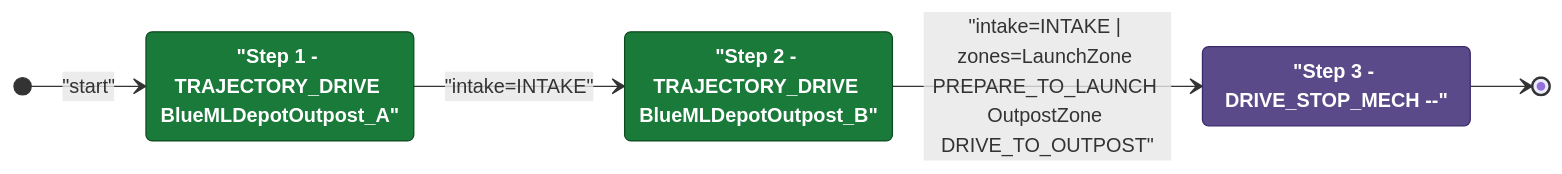
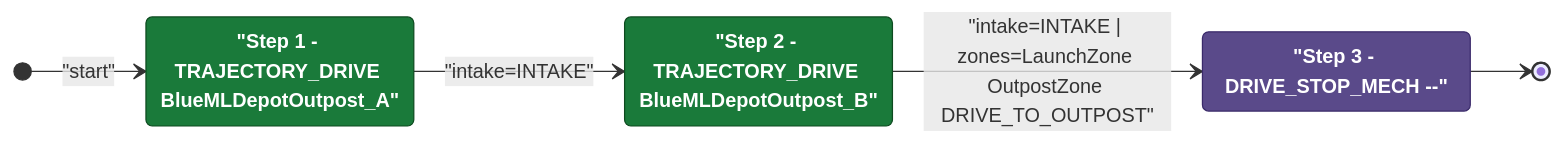
One commit to Team302/2026Rebuilt changed the diagram in documents/auton/BlueBDepLaunch0DepOutScoreNCli.md. Above: the diagram before and after it, drawn with Mermaid. The commit also changed other lines of this file and 131 other files, not shown here.

First line of the commit message:
docs(auton): regenerate Mermaid diagrams [skip ci]

````diff
--- a/documents/auton/BlueBDepLaunch0DepOutScoreNCli.md
+++ b/documents/auton/BlueBDepLaunch0DepOutScoreNCli.md
@@ -8,21 +8,21 @@
 ```mermaid
 stateDiagram-v2
     direction LR
 
     %% Green = intake active, Purple = intake off
     classDef intake  fill:#1a7a3a,color:#ffffff,stroke:#0d4a1f,font-weight:bold
     classDef noIntake fill:#5a4a8a,color:#ffffff,stroke:#3a2a6a,font-weight:bold
 
     Step1 : "Step 1 - TRAJECTORY_DRIVE BlueMLDepotOutpost_A"
     Step2 : "Step 2 - TRAJECTORY_DRIVE BlueMLDepotOutpost_B"
     Step3 : "Step 3 - DRIVE_STOP_MECH --"
 
     class Step1 intake
     class Step2 intake
     class Step3 noIntake
 
     [*] --> Step1 : "start"
     Step1 --> Step2: "intake=INTAKE"
-    Step2 --> Step3: "intake=INTAKE | zones=LaunchZone PREPARE_TO_LAUNCH OutpostZone DRIVE_TO_OUTPOST"
+    Step2 --> Step3: "intake=INTAKE | zones=LaunchZone OutpostZone DRIVE_TO_OUTPOST"
     Step3 --> [*]
 ```
````
